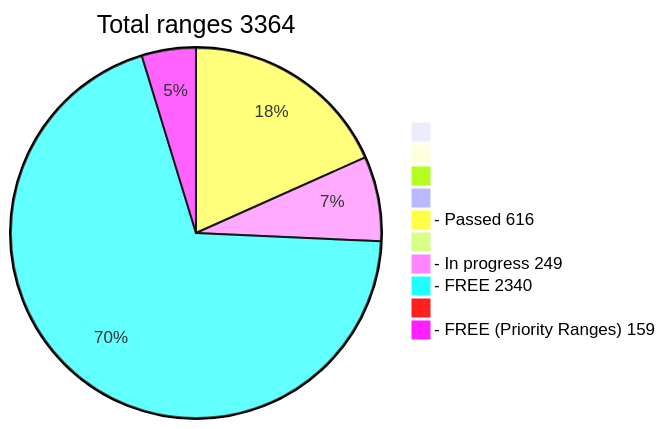
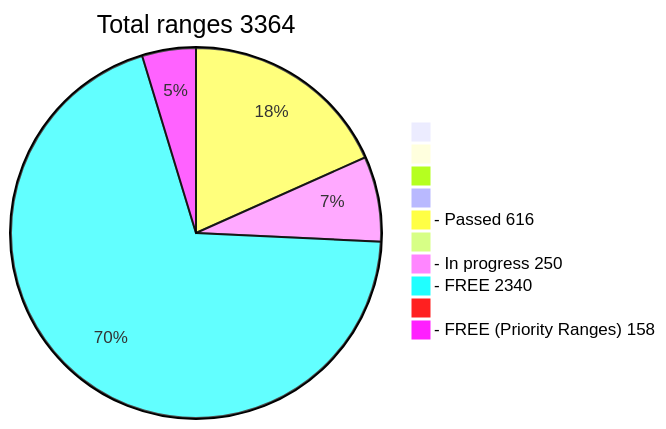
Before and after one commit to phrutis/wif500: the diagram in README.md, drawn with Mermaid.

````diff
--- a/README.md
+++ b/README.md
@@ -16,13 +16,13 @@
 ```mermaid
 pie title Total ranges 3364
              " " : 0
             "  " : 0
            "   " : 0
           "    " : 0
   "- Passed 616" : 616
          "     " : 0
-  "- In progress 249" : 249
+  "- In progress 250" : 250
    "- FREE 2340" : 2340
         "      " : 0
-  "- FREE (Priority Ranges) 159" : 159
+  "- FREE (Priority Ranges) 158" : 158
 ```
````
